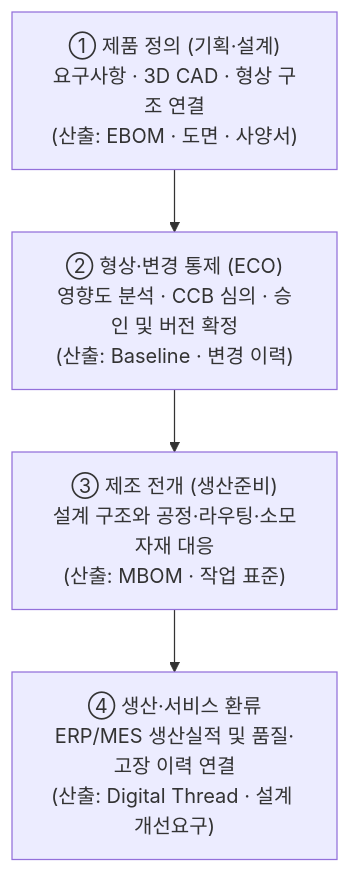
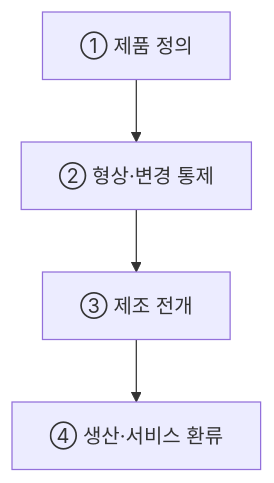
Before and after one commit to agnusdei1207/study: the first of 4 diagrams in src/content/docs/notes/itpe/01-it-strategy/071_plm.md, drawn with Mermaid. The commit also changed other lines of this file and 19 other files, not shown here.

````diff
--- a/src/content/docs/notes/itpe/01-it-strategy/071_plm.md
+++ b/src/content/docs/notes/itpe/01-it-strategy/071_plm.md
@@ -56,9 +56,4 @@
 ```mermaid
 flowchart TD
-    S1["① 제품 정의 (기획·설계)<br/>요구사항 · 3D CAD · 형상 구조 연결<br/>(산출: EBOM · 도면 · 사양서)"]
-    S2["② 형상·변경 통제 (ECO)<br/>영향도 분석 · CCB 심의 · 승인 및 버전 확정<br/>(산출: Baseline · 변경 이력)"]
-    S3["③ 제조 전개 (생산준비)<br/>설계 구조와 공정·라우팅·소모자재 대응<br/>(산출: MBOM · 작업 표준)"]
-    S4["④ 생산·서비스 환류<br/>ERP/MES 생산실적 및 품질·고장 이력 연결<br/>(산출: Digital Thread · 설계 개선요구)"]
-
-    S1 --> S2 --> S3 --> S4
+    S1["① 제품 정의"] --> S2["② 형상·변경 통제"] --> S3["③ 제조 전개"] --> S4["④ 생산·서비스 환류"]
 ```
````
